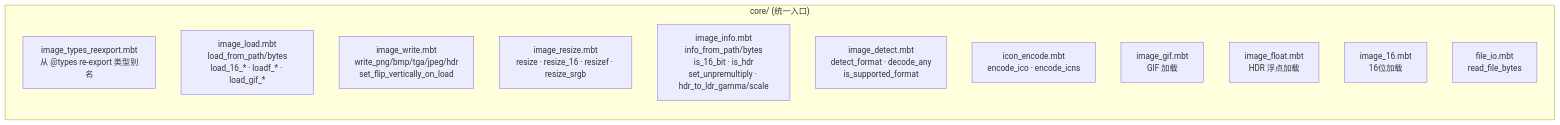
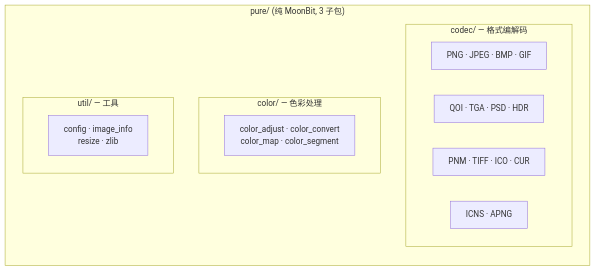
The sixth of 14 diagrams in docs/architecture.md (toadium/stb-image), drawn with Mermaid before and after one commit. The commit also changed other lines of this file and 132 other files, not shown here.

````diff
--- a/docs/architecture.md
+++ b/docs/architecture.md
@@ -198,17 +194,18 @@
 ```mermaid
 flowchart TB
-    subgraph CorePkg["core/ (统一入口)"]
+    subgraph PurePkg["pure/ (纯 MoonBit, 3 子包)"]
         direction TB
-        Types["image_types_reexport.mbt<br/>从 @types re-export 类型别名"]
-        Load["image_load.mbt<br/>load_from_path/bytes<br/>load_16_* · loadf_* · load_gif_*"]
-        Write["image_write.mbt<br/>write_png/bmp/tga/jpeg/hdr<br/>set_flip_vertically_on_load"]
-        Resize["image_resize.mbt<br/>resize · resize_16 · resizef · resize_srgb"]
-        Info["image_info.mbt<br/>info_from_path/bytes<br/>is_16_bit · is_hdr<br/>set_unpremultiply · hdr_to_ldr_gamma/scale"]
-        Detect["image_detect.mbt<br/>detect_format · decode_any<br/>is_supported_format"]
-        Icon["icon_encode.mbt<br/>encode_ico · encode_icns"]
-        Gif["image_gif.mbt<br/>GIF 加载"]
-        Float["image_float.mbt<br/>HDR 浮点加载"]
-        Int16["image_16.mbt<br/>16位加载"]
-        FileIO["file_io.mbt<br/>read_file_bytes"]
+        subgraph CodecSub["codec/ — 格式编解码"]
+            PC1["PNG · JPEG · BMP · GIF"]
+            PC2["QOI · TGA · PSD · HDR"]
+            PC3["PNM · TIFF · ICO · CUR"]
+            PC4["ICNS · APNG"]
+        end
+        subgraph ColorSub["color/ — 色彩处理"]
+            PC5["color_adjust · color_convert<br/>color_map · color_segment"]
+        end
+        subgraph UtilSub["util/ — 工具"]
+            PC6["config · image_info<br/>resize · zlib"]
+        end
     end
 ```
````
